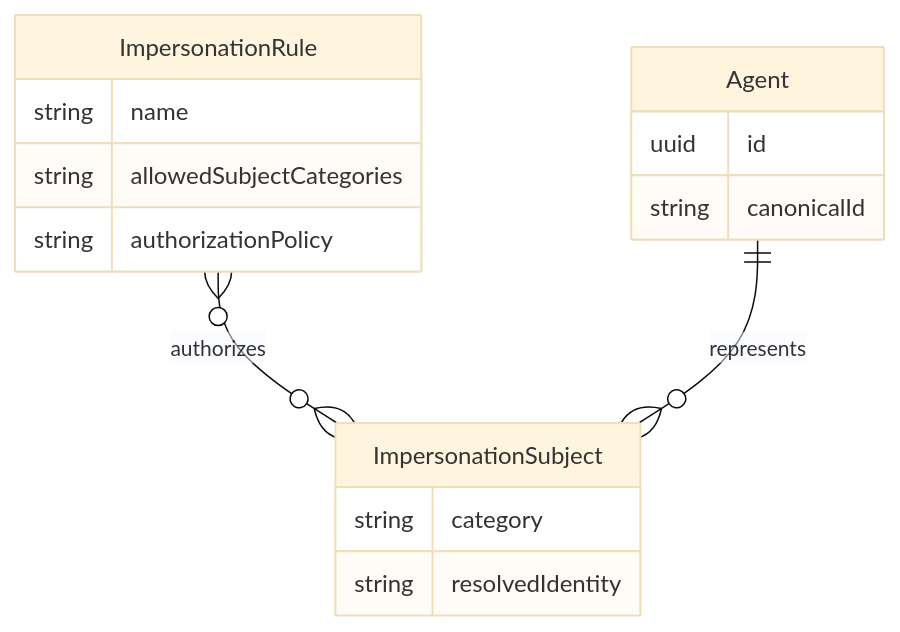
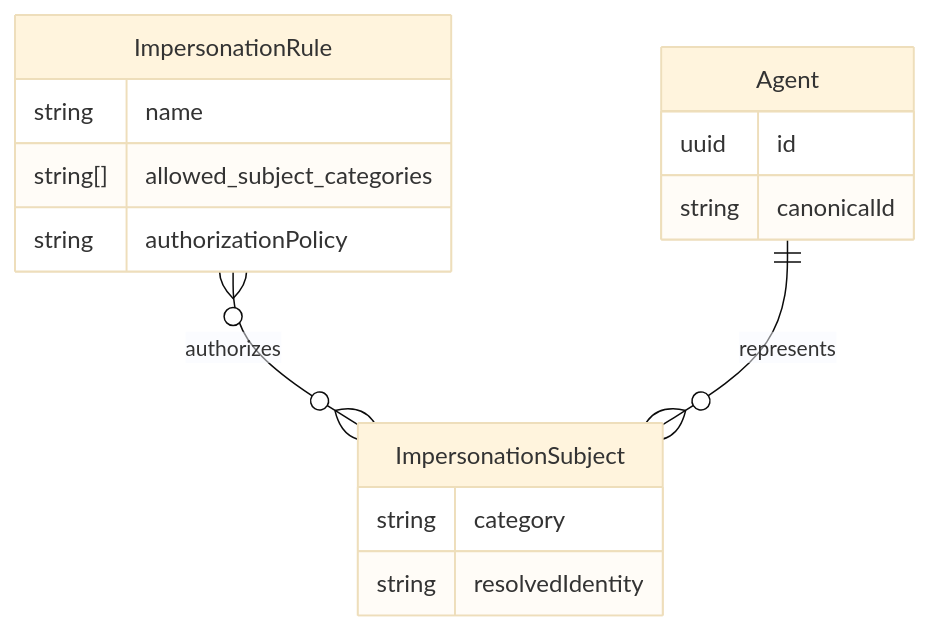
One commit to zalando-incubator/agentic-identity-broker changed the first of 2 diagrams in specs/054-agent-subject-impersonation/spec.md. Above: the diagram before and after it, drawn with Mermaid (base theme). The commit also changed other lines of this file, not shown here.

Commit message:
docs: make agent subject eligibility configuration concrete

````diff
--- a/specs/054-agent-subject-impersonation/spec.md
+++ b/specs/054-agent-subject-impersonation/spec.md
@@ -344,18 +425,18 @@
 ```mermaid
 erDiagram
     ImpersonationRule {
         string name
-        string allowedSubjectCategories
+        string[] allowed_subject_categories
         string authorizationPolicy
     }
     Agent {
         uuid id
         string canonicalId
     }
     ImpersonationSubject {
         string category
         string resolvedIdentity
     }
     ImpersonationRule }o--o{ ImpersonationSubject : authorizes
     Agent ||--o{ ImpersonationSubject : represents
 ```
````
